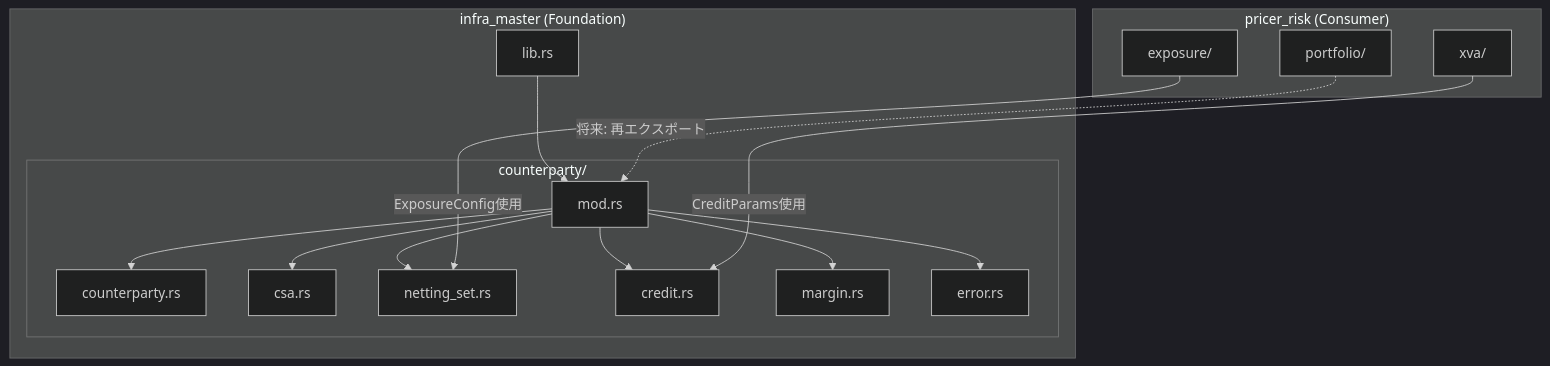
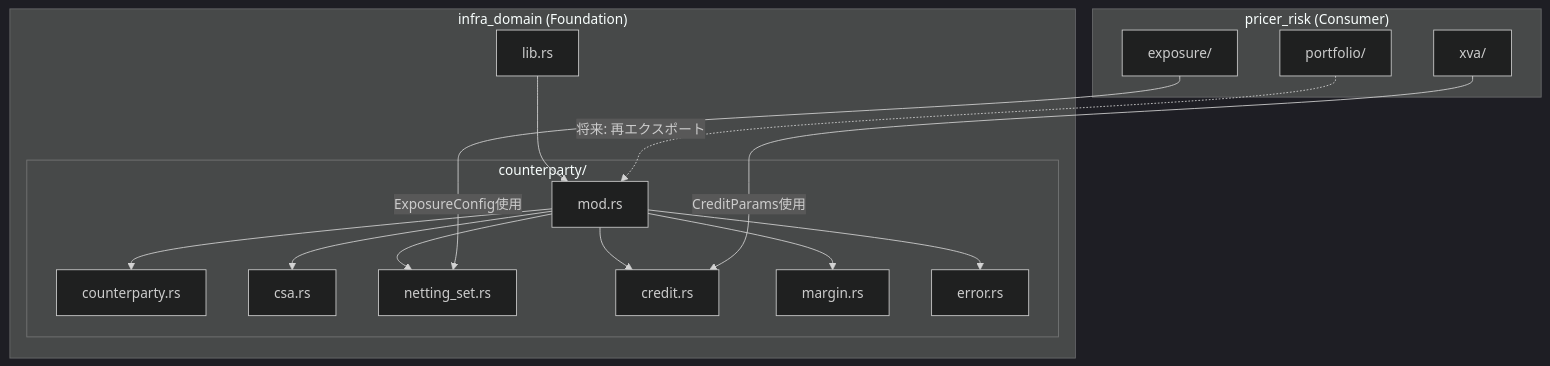
The first of 3 diagrams in .kiro/specs/counterparty-netting-module/design.md (neutryx-lab/neutryx-rust), drawn with Mermaid (dark theme) before and after one commit. The commit also changed other lines of this file and 303 other files, not shown here.

First line of the commit message:
Refactor imports from `infra_master` to `infra_domain`

````diff
--- a/.kiro/specs/counterparty-netting-module/design.md
+++ b/.kiro/specs/counterparty-netting-module/design.md
@@ -40,33 +40,33 @@
 ```mermaid
 graph TB
-    subgraph infra_master["infra_master (Foundation)"]
+    subgraph infra_domain["infra_domain (Foundation)"]
         subgraph counterparty["counterparty/"]
             mod_rs["mod.rs"]
             counterparty_rs["counterparty.rs"]
             csa_rs["csa.rs"]
             netting_set_rs["netting_set.rs"]
             credit_rs["credit.rs"]
             margin_rs["margin.rs"]
             error_rs["error.rs"]
         end
         lib_rs["lib.rs"]
     end
 
     subgraph pricer_risk["pricer_risk (Consumer)"]
         portfolio["portfolio/"]
         xva["xva/"]
         exposure["exposure/"]
     end
 
     lib_rs --> mod_rs
     mod_rs --> counterparty_rs
     mod_rs --> csa_rs
     mod_rs --> netting_set_rs
     mod_rs --> credit_rs
     mod_rs --> margin_rs
     mod_rs --> error_rs
 
     portfolio -.->|"将来: 再エクスポート"| mod_rs
     xva -->|"CreditParams使用"| credit_rs
     exposure -->|"ExposureConfig使用"| netting_set_rs
 ```
````
